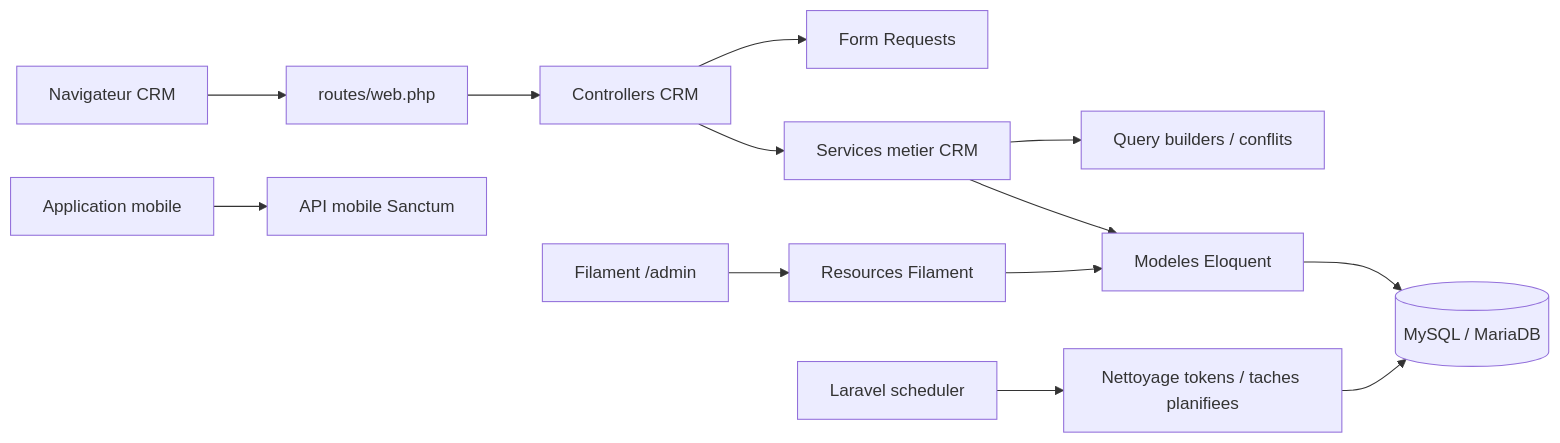
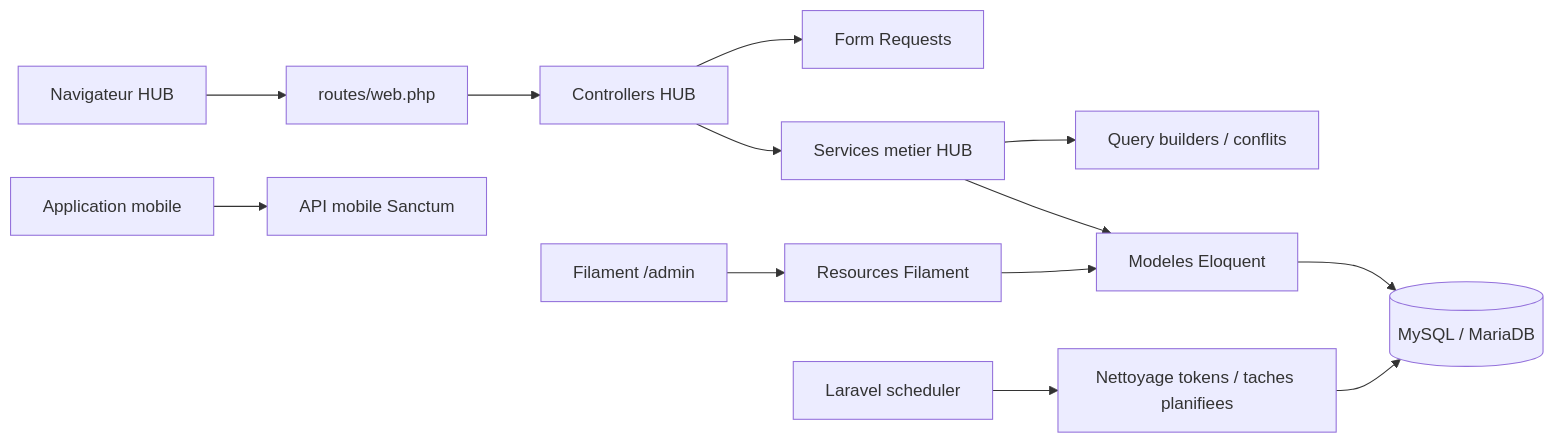
One commit to jp2creation/hub changed the first of 8 diagrams in docs/README.md. Above: the diagram before and after it, drawn with Mermaid. The commit also changed other lines of this file and 111 other files, not shown here.

````diff
--- a/docs/README.md
+++ b/docs/README.md
@@ -8,15 +8,15 @@
 ```mermaid
 flowchart LR
-    Browser["Navigateur CRM"] --> WebRoutes["routes/web.php"]
+    Browser["Navigateur HUB"] --> WebRoutes["routes/web.php"]
     Mobile["Application mobile"] --> MobileApi["API mobile Sanctum"]
-    WebRoutes --> Controllers["Controllers CRM"]
+    WebRoutes --> Controllers["Controllers HUB"]
     Controllers --> Requests["Form Requests"]
-    Controllers --> Services["Services metier CRM"]
+    Controllers --> Services["Services metier HUB"]
     Services --> Queries["Query builders / conflits"]
     Services --> Models["Modeles Eloquent"]
     Models --> Database[(MySQL / MariaDB)]
     Admin["Filament /admin"] --> Resources["Resources Filament"]
     Resources --> Models
     Scheduler["Laravel scheduler"] --> Jobs["Nettoyage tokens / taches planifiees"]
     Jobs --> Database
 ```
````
